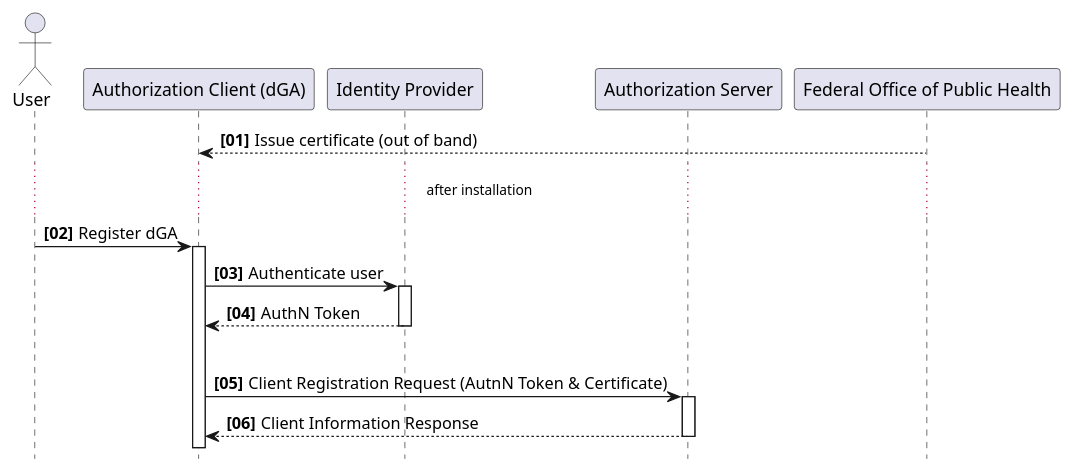
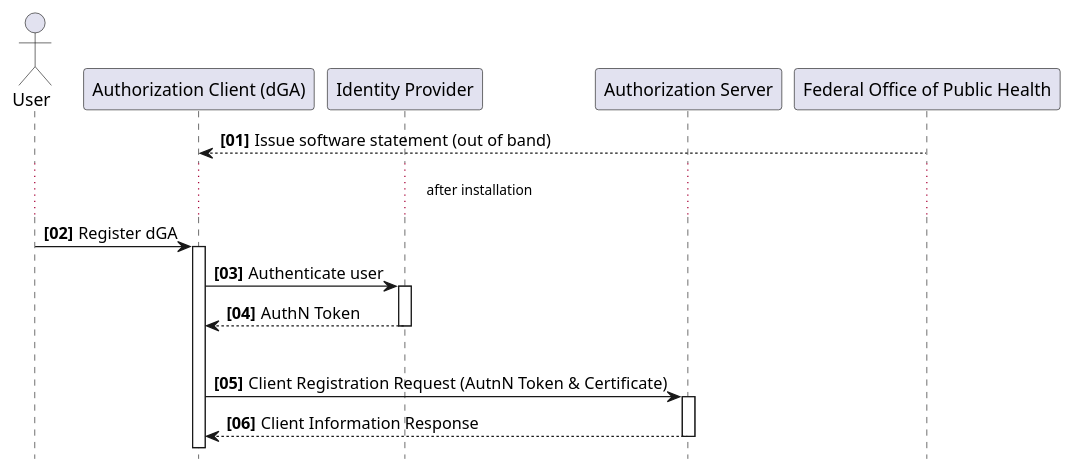
The diagram in input/images-source/ClientRegistration-dGA.plantuml (ehealthsuisse/ch-health-dossier), drawn with PlantUML before and after one commit. The commit also changed 1 other file, not shown here.

Commit message:
correct text for flow

```diff
--- a/input/images-source/ClientRegistration-dGA.plantuml
+++ b/input/images-source/ClientRegistration-dGA.plantuml
@@ -1,26 +1,26 @@
 @startuml
 hide footbox
 
 actor "User" as User
 participant "Authorization Client (dGA)" as Client
 participant "Identity Provider" as IdP
 participant "Authorization Server" as AuthzServer
 participant "Federal Office of Public Health" as FOPH
 
 autonumber 1 1 "<b>[00]</b>"
 autoactivate on
 
-FOPH --> Client: Issue certificate (out of band)
+FOPH --> Client: Issue software statement (out of band)
 
 ... after installation  ...
 
 User -> Client: Register dGA
 Client -> IdP: Authenticate user
 IdP --> Client: AuthN Token
 
 |||
 
 Client -> AuthzServer: Client Registration Request (AutnN Token & Certificate)
 AuthzServer --> Client: Client Information Response
 
 @enduml
```
